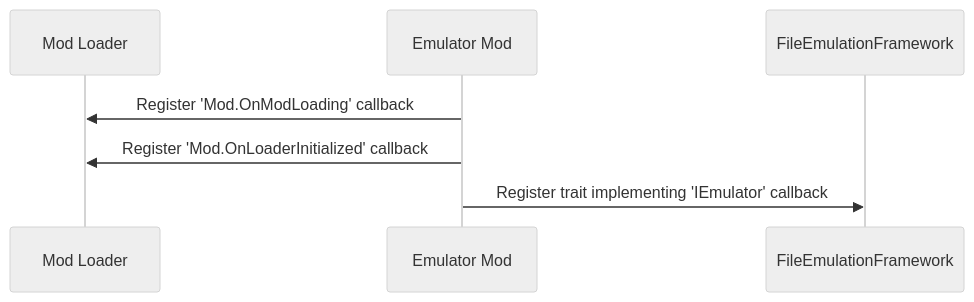
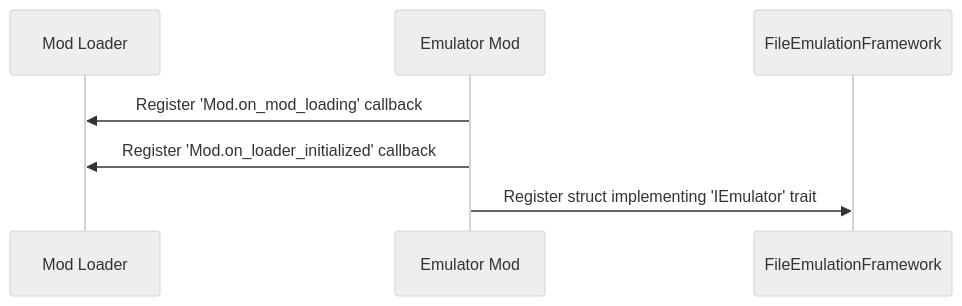
The first of 2 diagrams in docs/Mods/Essentials/File-Emulation-Framework/Emulator-Development/Implementing-Emulator.md (Reloaded-Project/Reloaded-III), drawn with Mermaid (neutral theme) before and after one commit. The commit also changed other lines of this file, not shown here.

Commit message:
Updated: Translated Implementing-Emulator to Rust

````diff
--- a/docs/Mods/Essentials/File-Emulation-Framework/Emulator-Development/Implementing-Emulator.md
+++ b/docs/Mods/Essentials/File-Emulation-Framework/Emulator-Development/Implementing-Emulator.md
@@ -23,10 +23,10 @@
 ```mermaid
 sequenceDiagram
     participant Mod Loader
     participant Emulator Mod
     participant FileEmulationFramework
 
-    Emulator Mod->>Mod Loader: Register 'Mod.OnModLoading' callback
-    Emulator Mod->>Mod Loader: Register 'Mod.OnLoaderInitialized' callback
-    Emulator Mod->>FileEmulationFramework: Register trait implementing 'IEmulator' callback
+    Emulator Mod->>Mod Loader: Register 'Mod.on_mod_loading' callback
+    Emulator Mod->>Mod Loader: Register 'Mod.on_loader_initialized' callback
+    Emulator Mod->>FileEmulationFramework: Register struct implementing 'IEmulator' trait
 ```
````
